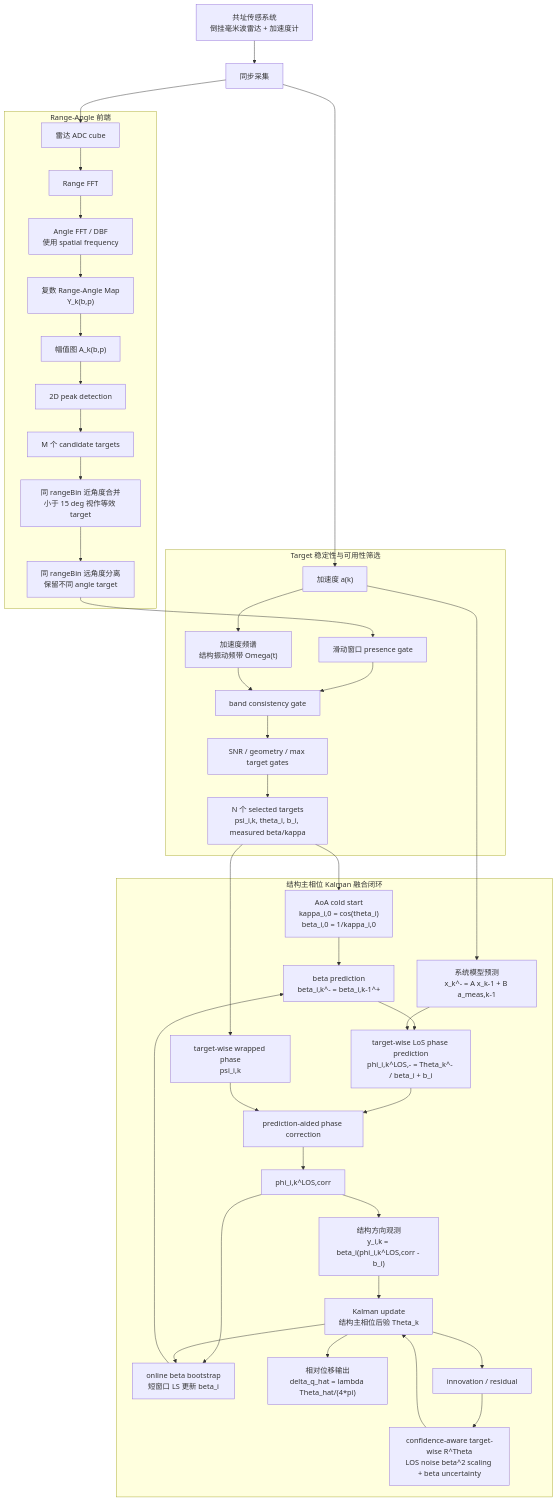
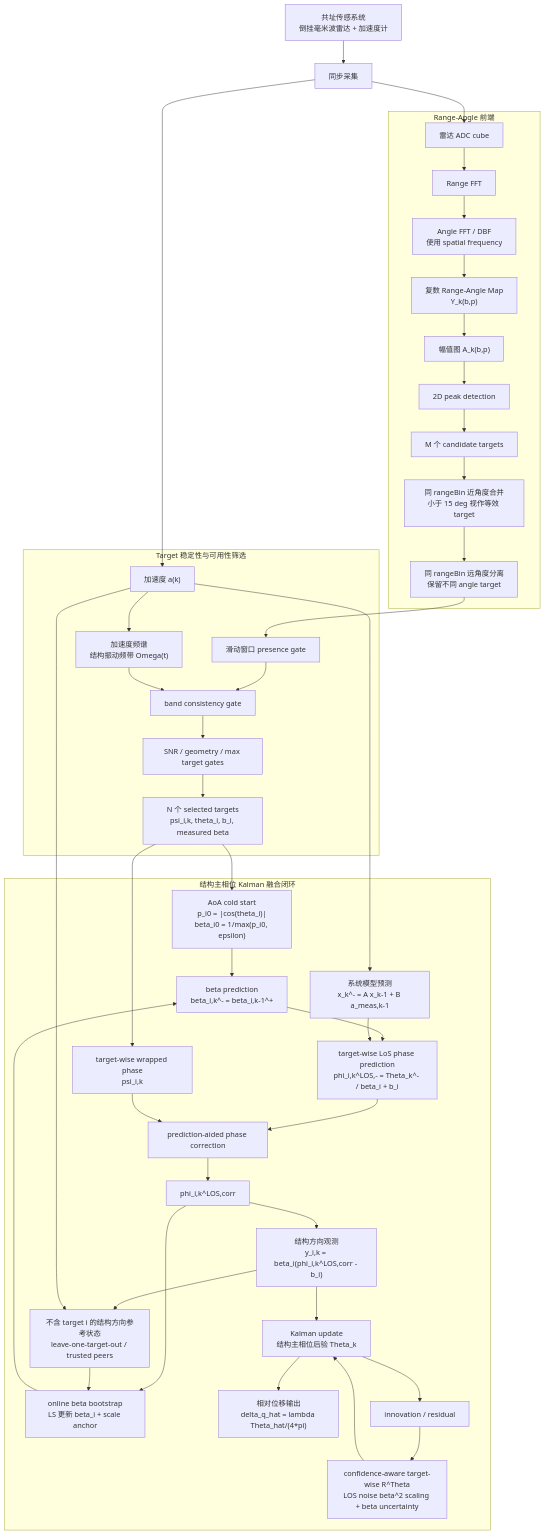
One commit to hobbyGG/thesis changed the first of 2 diagrams in reports/phase1_method_and_simulation_report.md. Above: the diagram before and after it, drawn with Mermaid. The commit also changed other lines of this file and 146 other files, not shown here.

````diff
--- a/reports/phase1_method_and_simulation_report.md
+++ b/reports/phase1_method_and_simulation_report.md
@@ -75,47 +75,49 @@
 ```mermaid
 flowchart TD
     A["共址传感系统<br/>倒挂毫米波雷达 + 加速度计"] --> B["同步采集"]
     B --> C["雷达 ADC cube"]
     B --> D["加速度 a(k)"]
 
     subgraph Frontend["Range-Angle 前端"]
         C --> E["Range FFT"]
         E --> F["Angle FFT / DBF<br/>使用 spatial frequency"]
         F --> G["复数 Range-Angle Map<br/>Y_k(b,p)"]
         G --> H["幅值图 A_k(b,p)"]
         H --> I["2D peak detection"]
         I --> J["M 个 candidate targets"]
         J --> K["同 rangeBin 近角度合并<br/>小于 15 deg 视作等效 target"]
         K --> L["同 rangeBin 远角度分离<br/>保留不同 angle target"]
     end
 
     subgraph Screening["Target 稳定性与可用性筛选"]
         L --> M["滑动窗口 presence gate"]
         D --> N["加速度频谱<br/>结构振动频带 Omega(t)"]
         M --> O["band consistency gate"]
         N --> O
         O --> P["SNR / geometry / max target gates"]
-        P --> Q["N 个 selected targets<br/>psi_i,k, theta_i, b_i, measured beta/kappa"]
+        P --> Q["N 个 selected targets<br/>psi_i,k, theta_i, b_i, measured beta"]
     end
 
     subgraph Fusion["结构主相位 Kalman 融合闭环"]
-        Q --> R["AoA cold start<br/>kappa_i,0 = cos(theta_i)<br/>beta_i,0 = 1/kappa_i,0"]
+        Q --> R["AoA cold start<br/>p_i0 = |cos(theta_i)|<br/>beta_i0 = 1/max(p_i0, epsilon)"]
         R --> S["beta prediction<br/>beta_i,k^- = beta_i,k-1^+"]
         D --> T["系统模型预测<br/>x_k^- = A x_k-1 + B a_meas,k-1"]
         S --> U["target-wise LoS phase prediction<br/>phi_i,k^LOS,- = Theta_k^- / beta_i + b_i"]
         T --> U
         Q --> V["target-wise wrapped phase<br/>psi_i,k"]
         U --> W["prediction-aided phase correction"]
         V --> W
         W --> X["phi_i,k^LOS,corr"]
         X --> YC["结构方向观测<br/>y_i,k = beta_i(phi_i,k^LOS,corr - b_i)"]
         YC --> Y["Kalman update<br/>结构主相位后验 Theta_k"]
-        X --> Z["online beta bootstrap<br/>短窗口 LS 更新 beta_i"]
-        Y --> Z
+        YC --> YR["不含 target i 的结构方向参考状态<br/>leave-one-target-out / trusted peers"]
+        D --> YR
+        X --> Z["online beta bootstrap<br/>LS 更新 beta_i + scale anchor"]
+        YR --> Z
         Y --> AA["相对位移输出<br/>delta_q_hat = lambda Theta_hat/(4*pi)"]
         Y --> AB["innovation / residual"]
         AB --> AC["confidence-aware target-wise R^Theta<br/>LOS noise beta^2 scaling + beta uncertainty"]
         Z --> S
         AC --> Y
     end
 ```
````
